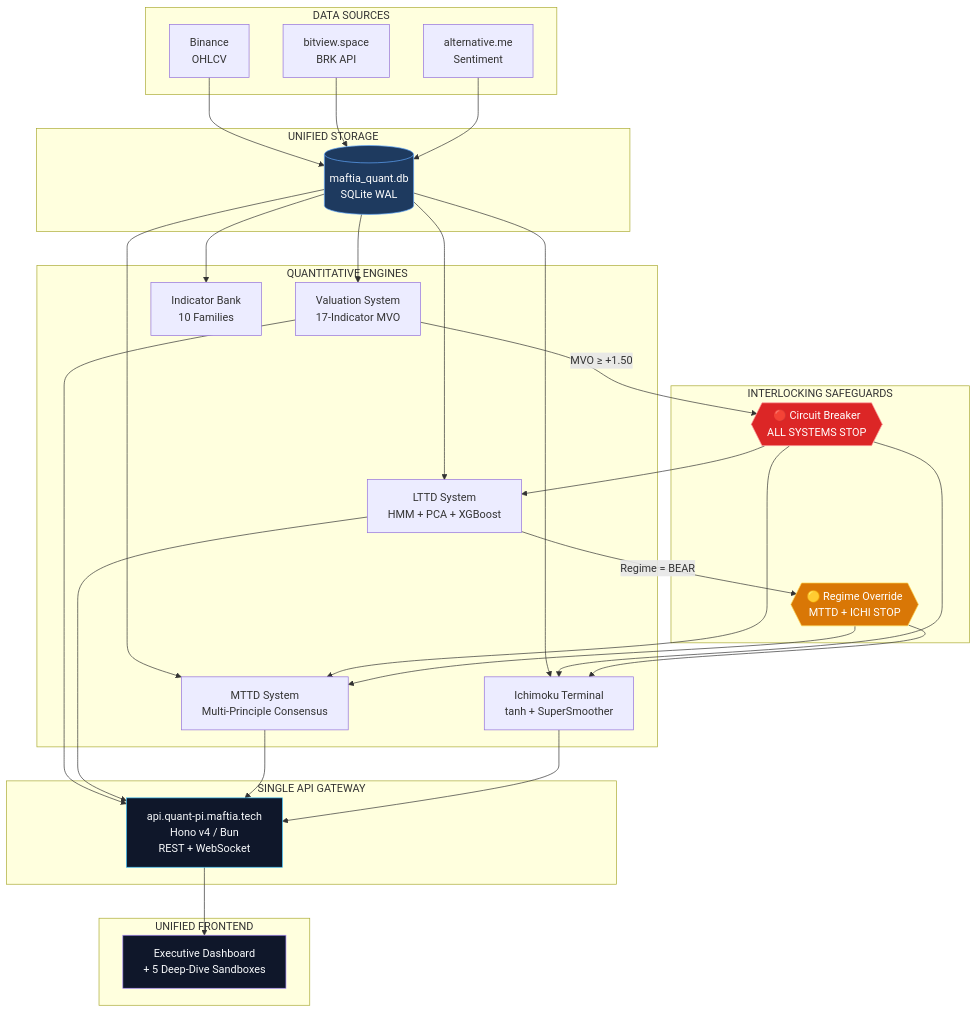
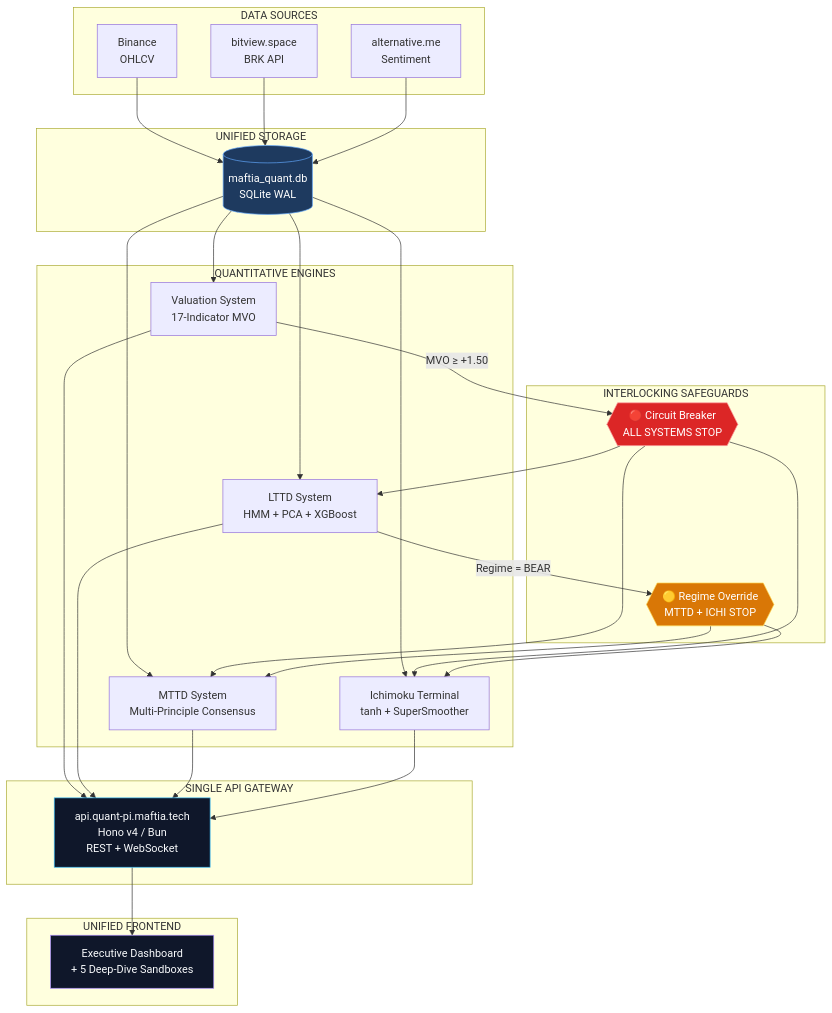
The diagram in README.md (lutfi-zain/quant-pi.maftia.tech), drawn with Mermaid before and after one commit. The commit also changed other lines of this file and 7 other files, not shown here.

First line of the commit message:
feat: unify 4 systems, remove indicator bank, add AGENTS.md

````diff
--- a/README.md
+++ b/README.md
@@ -33,49 +33,48 @@
 ```mermaid
 graph TB
     subgraph "DATA SOURCES"
         BINANCE[Binance<br/>OHLCV]
         BRK[bitview.space<br/>BRK API]
         ALT[alternative.me<br/>Sentiment]
     end
 
     subgraph "UNIFIED STORAGE"
         BINANCE --> DB[(maftia_quant.db<br/>SQLite WAL)]
         BRK --> DB
         ALT --> DB
     end
 
     subgraph "QUANTITATIVE ENGINES"
         DB --> VAL[Valuation System<br/>17-Indicator MVO]
         DB --> LTTD[LTTD System<br/>HMM + PCA + XGBoost]
         DB --> MTTD[MTTD System<br/>Multi-Principle Consensus]
         DB --> ICHI[Ichimoku Terminal<br/>tanh + SuperSmoother]
-        DB --> BANK[Indicator Bank<br/>10 Families]
     end
 
     subgraph "INTERLOCKING SAFEGUARDS"
         VAL -->|"MVO ≥ +1.50"| CB{{"🔴 Circuit Breaker<br/>ALL SYSTEMS STOP"}}
         LTTD -->|"Regime = BEAR"| RO{{"🟡 Regime Override<br/>MTTD + ICHI STOP"}}
         CB --> LTTD
         CB --> MTTD
         CB --> ICHI
         RO --> MTTD
         RO --> ICHI
     end
 
     subgraph "SINGLE API GATEWAY"
         VAL --> API["api.quant-pi.maftia.tech<br/>Hono v4 / Bun<br/>REST + WebSocket"]
         LTTD --> API
         MTTD --> API
         ICHI --> API
     end
 
     subgraph "UNIFIED FRONTEND"
         API --> FE["Executive Dashboard<br/>+ 5 Deep-Dive Sandboxes"]
     end
 
     style CB fill:#dc2626,stroke:#fca5a5,color:#fff
     style RO fill:#d97706,stroke:#fcd34d,color:#fff
     style DB fill:#1e3a5f,stroke:#60a5fa,color:#fff
     style API fill:#0f172a,stroke:#38bdf8,color:#f8fafc
     style FE fill:#0f172a,stroke:#a78bfa,color:#f8fafc
 ```
````
